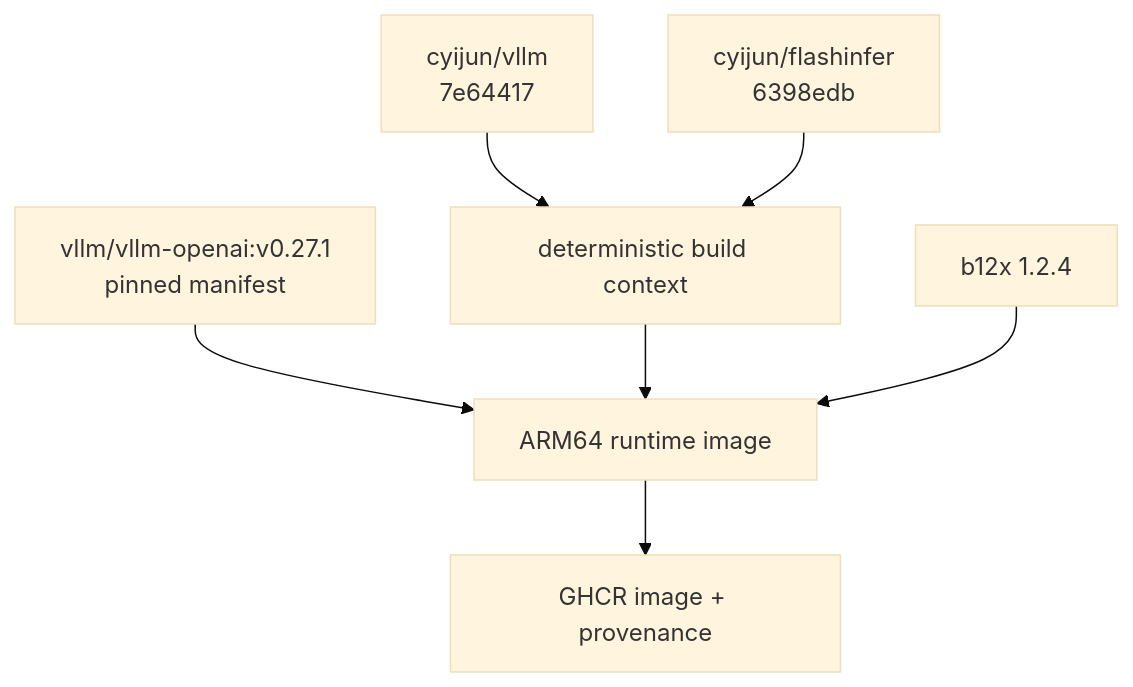
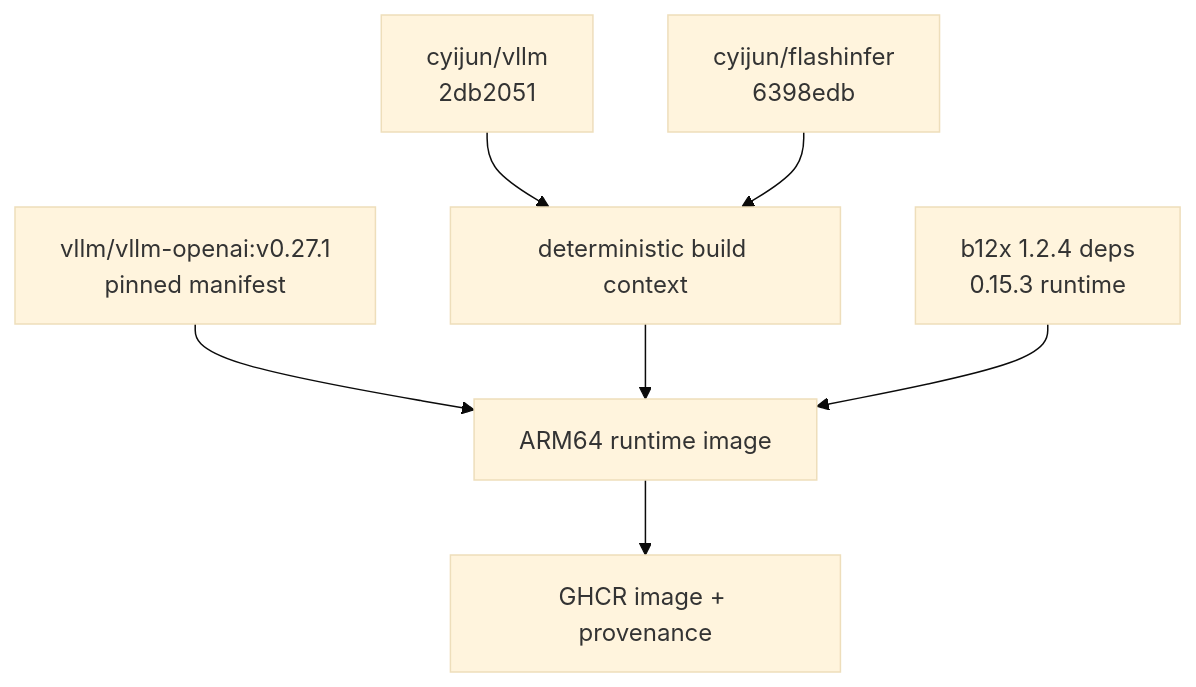
One commit to cyijun/deepseek-v4-flash-dgx-spark-tp2 changed the diagram in docs/architecture.md. Above: the diagram before and after it, drawn with Mermaid (base theme). The commit also changed other lines of this file and 17 other files, not shown here.

````diff
--- a/docs/architecture.md
+++ b/docs/architecture.md
@@ -9,9 +9,9 @@
 ```mermaid
 flowchart TD
   B[vllm/vllm-openai:v0.27.1\npinned manifest] --> I[ARM64 runtime image]
-  V[cyijun/vllm\n7e64417] --> C[deterministic build context]
+  V[cyijun/vllm\n2db2051] --> C[deterministic build context]
   F[cyijun/flashinfer\n6398edb] --> C
   C --> I
-  X[b12x 1.2.4] --> I
+  X[b12x 1.2.4 deps\n0.15.3 runtime] --> I
   I --> R[GHCR image + provenance]
 ```
````
